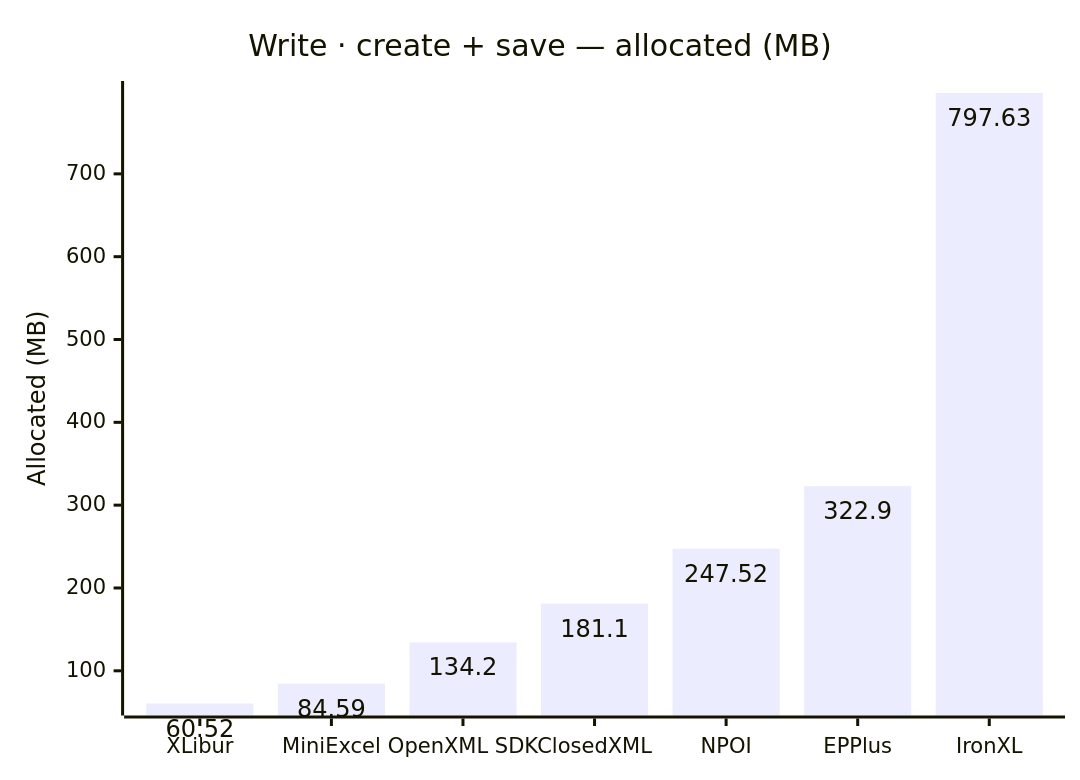
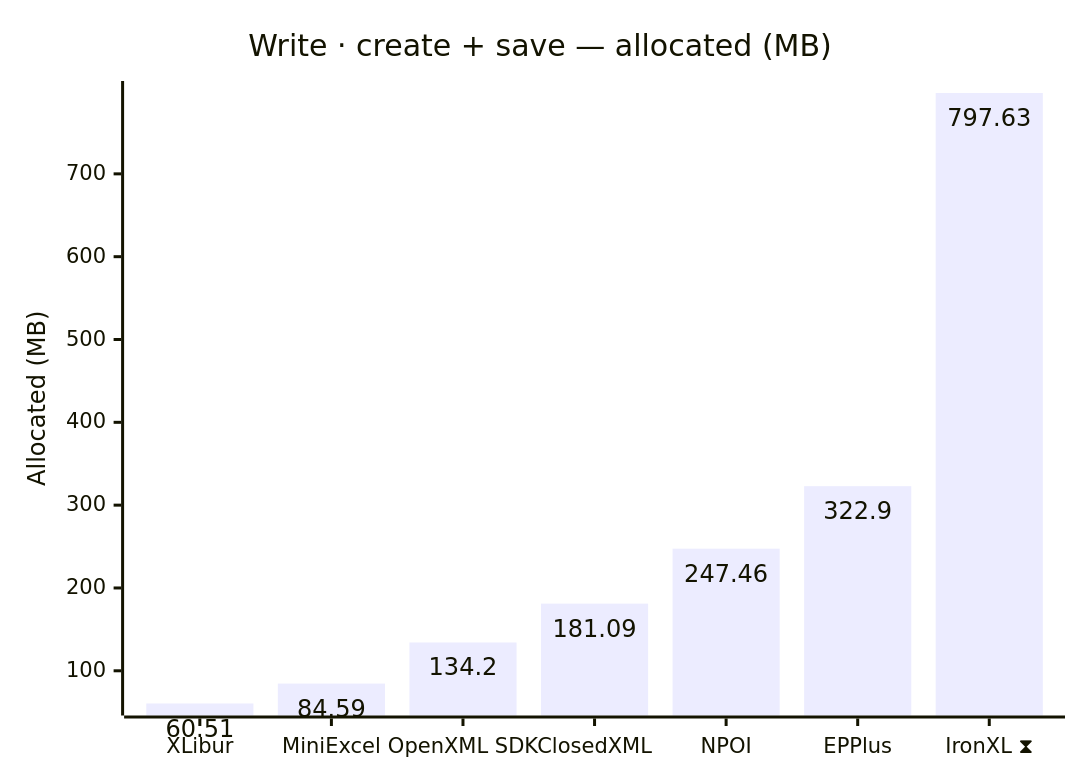
The sixth of 12 diagrams in docs/results.md (jafin/XLBench), drawn with Mermaid before and after one commit. The commit also changed other lines of this file and 3 other files, not shown here.

````diff
--- a/docs/results.md
+++ b/docs/results.md
@@ -100,12 +104,12 @@
 ```mermaid
 ---
 config:
   xyChart:
     showDataLabel: true
 ---
 xychart-beta
     title "Write · create + save — allocated (MB)"
-    x-axis ["XLibur", "MiniExcel", "OpenXML SDK", "ClosedXML", "NPOI", "EPPlus", "IronXL"]
+    x-axis ["XLibur", "MiniExcel", "OpenXML SDK", "ClosedXML", "NPOI", "EPPlus", "IronXL ⧗"]
     y-axis "Allocated (MB)"
-    bar [60.52, 84.59, 134.2, 181.1, 247.52, 322.9, 797.63]
+    bar [60.51, 84.59, 134.2, 181.09, 247.46, 322.9, 797.63]
 ```
````
